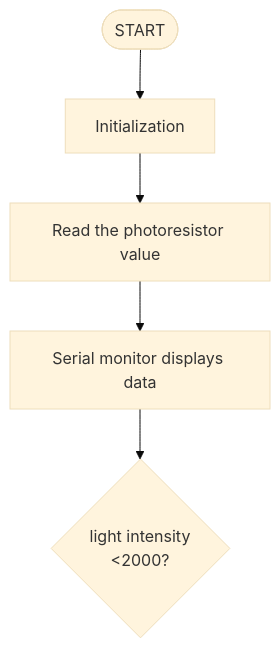
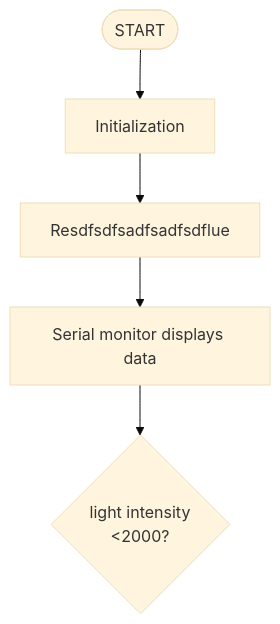
One commit to keyestudio/KS0597- changed the fourth of 6 diagrams in docs/4.Arduino Projects/4.3 Projects/Project 1.md. Above: the diagram before and after it, drawn with Mermaid (base theme). The commit also changed other lines of this file, not shown here.

````diff
--- a/docs/4.Arduino Projects/4.3 Projects/Project 1.md
+++ b/docs/4.Arduino Projects/4.3 Projects/Project 1.md
@@ -384,8 +384,8 @@
 ```mermaid
 graph TD
     A([START]) --> B[Initialization]
-    B --> C[Read the photoresistor value]
+    B --> C[Resdfsdfsadfsadfsdflue]
     C --> D[Serial monitor displays data]
     D --> E{light intensity<br><2000?}
    
 ```
````
